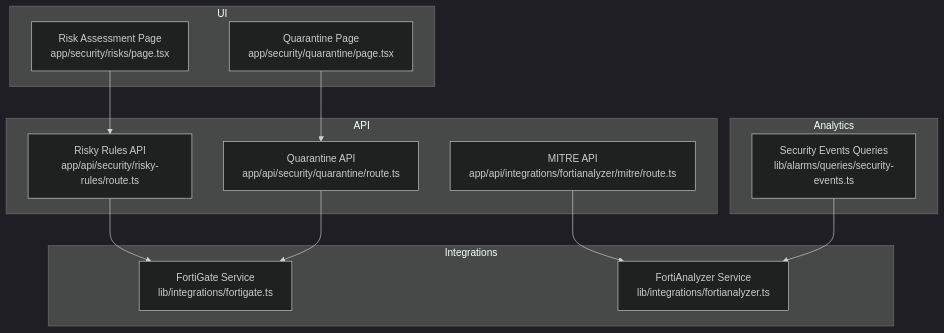
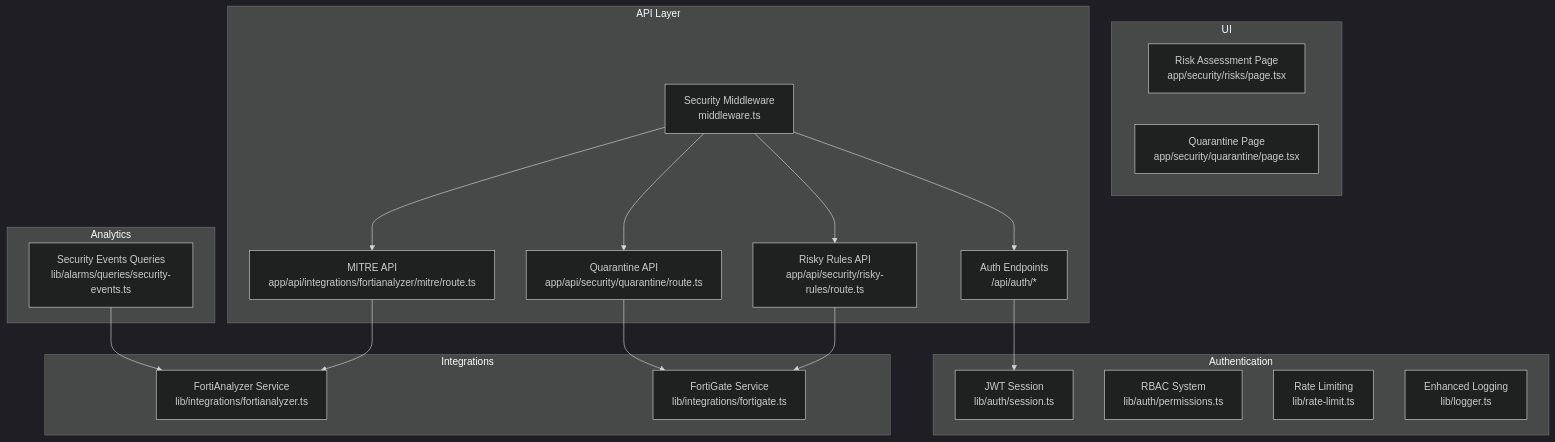
The first of 10 diagrams in .qoder/repowiki/en/content/Security Management/Security Management.md (celebigilfatih/infrascope), drawn with Mermaid (dark theme) before and after one commit. The commit also changed other lines of this file and 12 other files, not shown here.

First line of the commit message:
feat(api): add authentication, license management, and enhanced security middleware

````diff
--- a/.qoder/repowiki/en/content/Security Management/Security Management.md
+++ b/.qoder/repowiki/en/content/Security Management/Security Management.md
@@ -38,25 +58,36 @@
 ```mermaid
 graph TB
 subgraph "UI"
 RUI["Risk Assessment Page<br/>app/security/risks/page.tsx"]
 QUI["Quarantine Page<br/>app/security/quarantine/page.tsx"]
 end
-subgraph "API"
+subgraph "API Layer"
+MID["Security Middleware<br/>middleware.ts"]
+AUTH["Auth Endpoints<br/>/api/auth/*"]
 RR["Risky Rules API<br/>app/api/security/risky-rules/route.ts"]
 QZ["Quarantine API<br/>app/api/security/quarantine/route.ts"]
 MITRE["MITRE API<br/>app/api/integrations/fortianalyzer/mitre/route.ts"]
+end
+subgraph "Authentication"
+SESSION["JWT Session<br/>lib/auth/session.ts"]
+PERM["RBAC System<br/>lib/auth/permissions.ts"]
+RL["Rate Limiting<br/>lib/rate-limit.ts"]
+LOG["Enhanced Logging<br/>lib/logger.ts"]
 end
 subgraph "Integrations"
 FG["FortiGate Service<br/>lib/integrations/fortigate.ts"]
 FA["FortiAnalyzer Service<br/>lib/integrations/fortianalyzer.ts"]
 end
 subgraph "Analytics"
 SE["Security Events Queries<br/>lib/alarms/queries/security-events.ts"]
 end
-RUI --> RR
-QUI --> QZ
+MID --> AUTH
+MID --> RR
+MID --> QZ
+MID --> MITRE
+AUTH --> SESSION
 RR --> FG
 QZ --> FG
 MITRE --> FA
 SE --> FA
 ```
````
